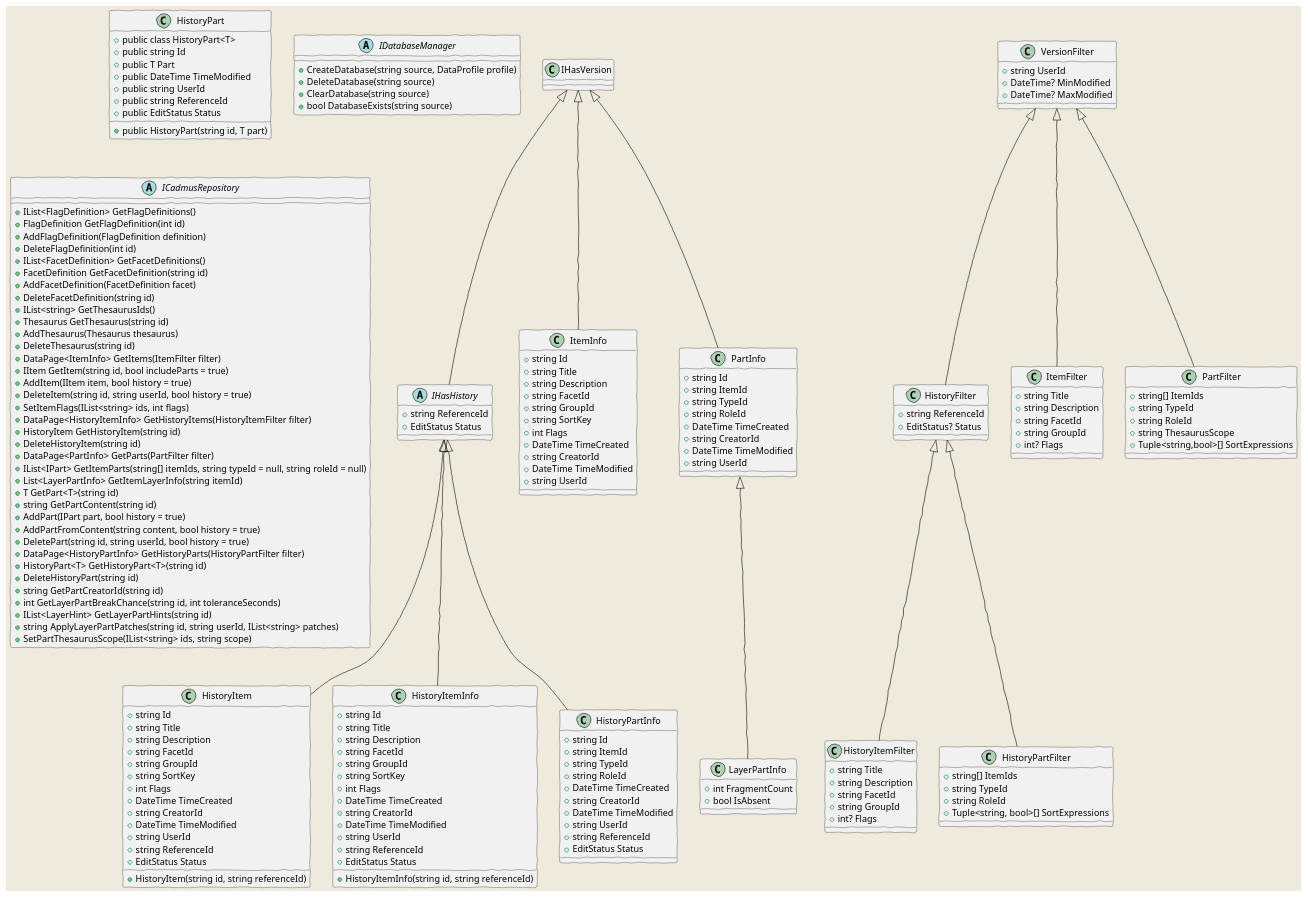
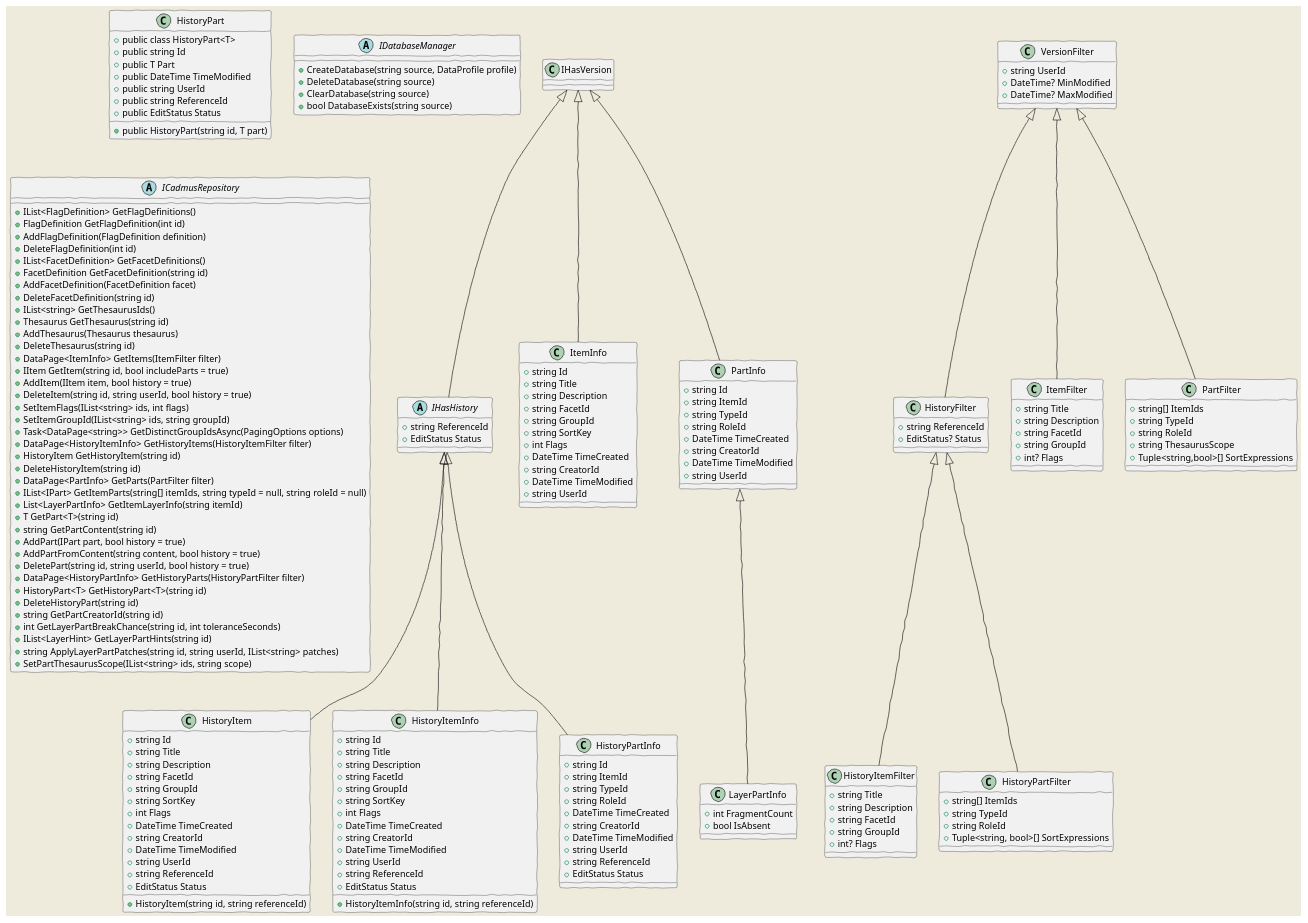
The fourth of 4 diagrams in Doc/core.md (vedph/cadmus_core), drawn with PlantUML before and after one commit. The commit also changed 2 other files, not shown here.

Commit message:
Adding GetDistinctGroupIds

```diff
--- a/Doc/core.md
+++ b/Doc/core.md
@@ -727,6 +727,8 @@
     ICadmusRepository : +AddItem(IItem item, bool history = true)
     ICadmusRepository : +DeleteItem(string id, string userId, bool history = true)
     ICadmusRepository : +SetItemFlags(IList<string> ids, int flags)
+    ICadmusRepository : +SetItemGroupId(IList<string> ids, string groupId)
+    ICadmusRepository : +Task<DataPage<string>> GetDistinctGroupIdsAsync(PagingOptions options)
     ICadmusRepository : +DataPage<HistoryItemInfo> GetHistoryItems(HistoryItemFilter filter)
     ICadmusRepository : +HistoryItem GetHistoryItem(string id)
     ICadmusRepository : +DeleteHistoryItem(string id)
```
